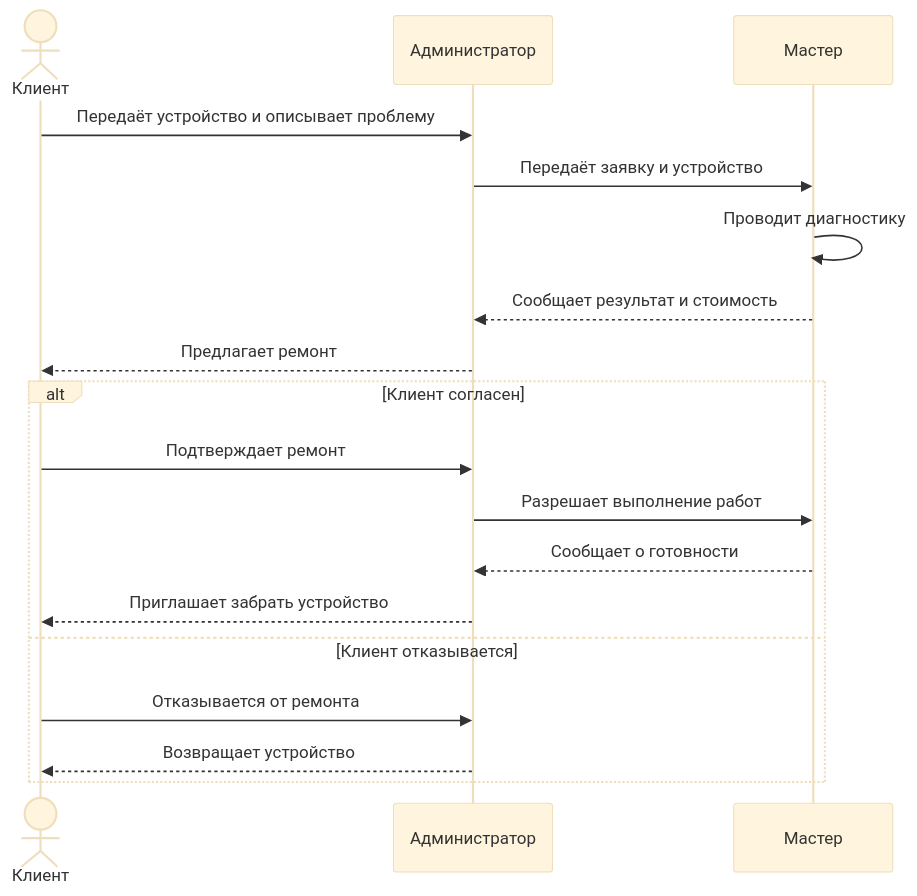
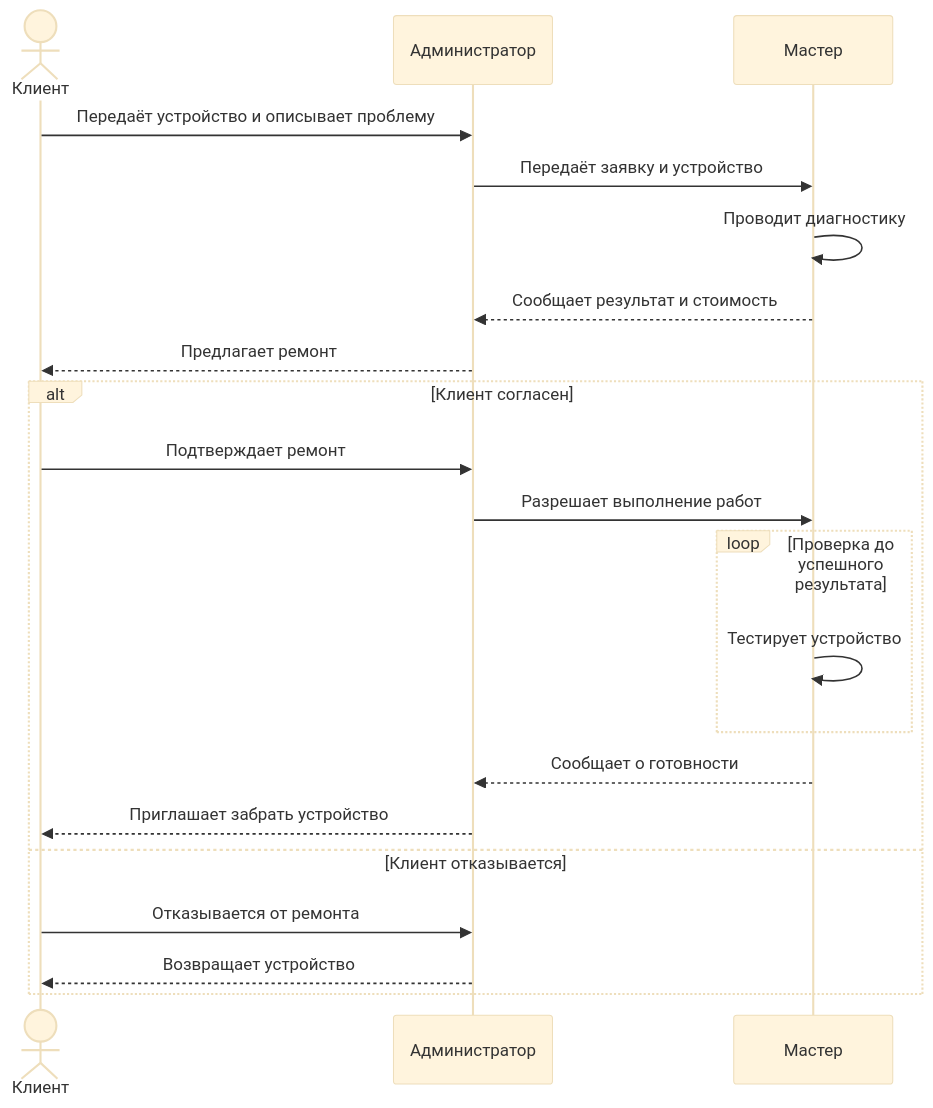
The diagram in lab1/docs/sequence.md (GordeyGS/visual-programming-labs-Gantsevich), drawn with Mermaid (base theme) before and after one commit. The commit also changed 6 other files, not shown here.

Commit message:
Update UML and Mermaid diagrams

````diff
--- a/lab1/docs/sequence.md
+++ b/lab1/docs/sequence.md
@@ -3,21 +3,24 @@
 ```mermaid
 sequenceDiagram
     actor C as Клиент
     participant A as Администратор
     participant T as Мастер
 
     C->>A: Передаёт устройство и описывает проблему
     A->>T: Передаёт заявку и устройство
     T->>T: Проводит диагностику
     T-->>A: Сообщает результат и стоимость
     A-->>C: Предлагает ремонт
     alt Клиент согласен
         C->>A: Подтверждает ремонт
         A->>T: Разрешает выполнение работ
+        loop Проверка до успешного результата
+            T->>T: Тестирует устройство
+        end
         T-->>A: Сообщает о готовности
         A-->>C: Приглашает забрать устройство
     else Клиент отказывается
         C->>A: Отказывается от ремонта
         A-->>C: Возвращает устройство
     end
 ```
````
